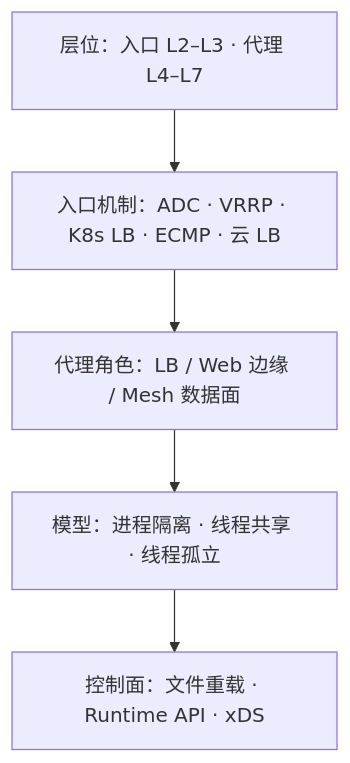
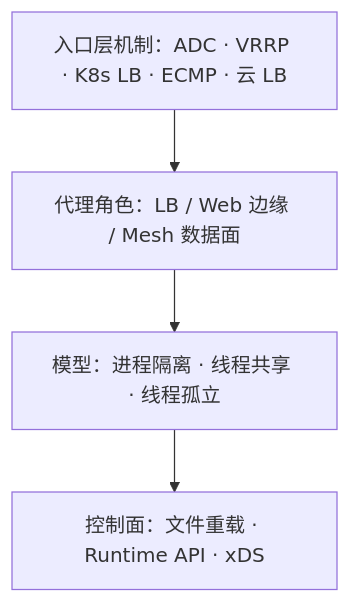
Before and after one commit to xiaxinyu/knowledge_base: the seventh of 7 diagrams in 20-architecture/21a-haproxy-nginx-envoy-treatise.md, drawn with Mermaid. The commit also changed other lines of this file, not shown here.

````diff
--- a/20-architecture/21a-haproxy-nginx-envoy-treatise.md
+++ b/20-architecture/21a-haproxy-nginx-envoy-treatise.md
@@ -631,7 +630,6 @@
 ```mermaid
 flowchart TB
-  L["层位：入口 L2–L3 · 代理 L4–L7"] --> V["入口机制：ADC · VRRP · K8s LB · ECMP · 云 LB"]
-  V --> R["代理角色：LB / Web 边缘 / Mesh 数据面"]
+  V["入口层机制：ADC · VRRP · K8s LB · ECMP · 云 LB"] --> R["代理角色：LB / Web 边缘 / Mesh 数据面"]
   R --> M["模型：进程隔离 · 线程共享 · 线程孤立"]
   M --> C["控制面：文件重载 · Runtime API · xDS"]
 ```
````
